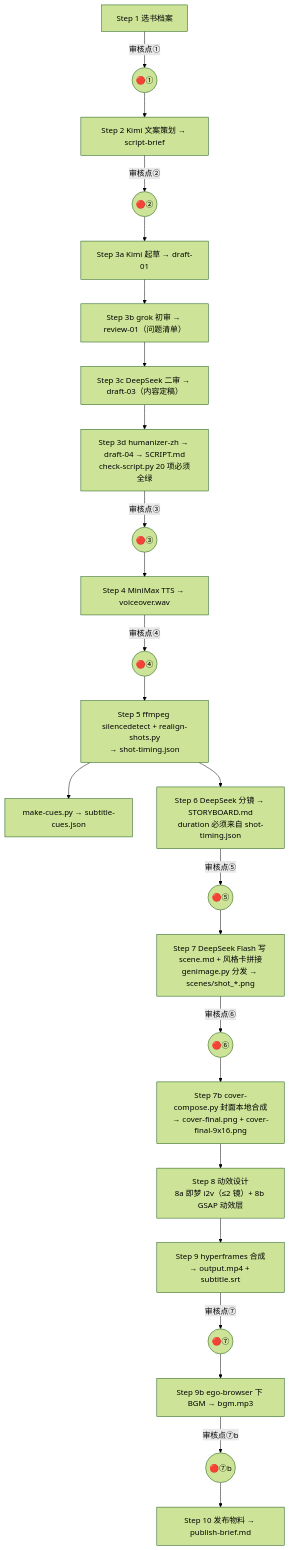
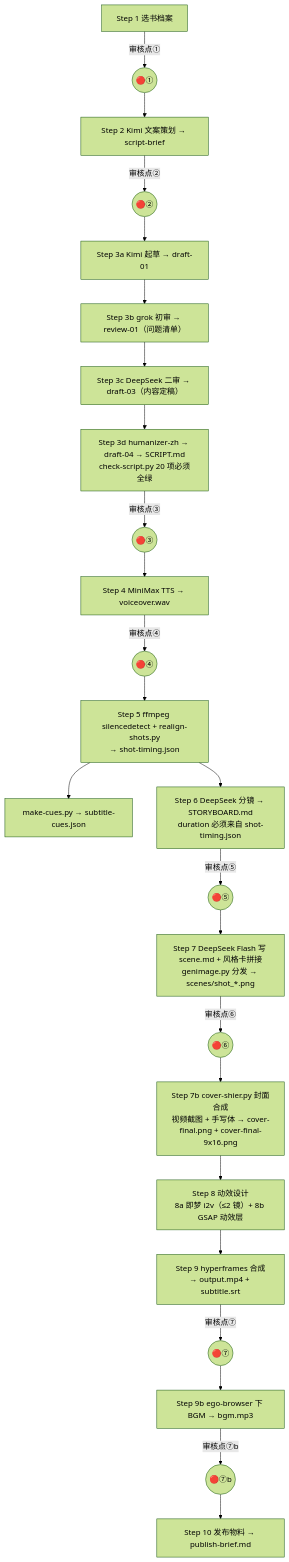
The second of 3 diagrams in book-video-pipeline/README.md (Matthewyin/book_introduction), drawn with Mermaid (forest theme) before and after one commit. The commit also changed other lines of this file and 4 other files, not shown here.

First line of the commit message:
feat(cover): A/B线统一封面——视频截图+手写体（cover-shier.py），废弃 cover-compose.py

````diff
--- a/book-video-pipeline/README.md
+++ b/book-video-pipeline/README.md
@@ -372,26 +373,26 @@
 ```mermaid
 graph TD
     S1["Step 1 选书档案"] -->|审核点①| R1((🔴①))
     R1 --> S2["Step 2 Kimi 文案策划 → script-brief"]
     S2 -->|审核点②| R2((🔴②))
     R2 --> S3a["Step 3a Kimi 起草 → draft-01"]
     S3a --> S3b["Step 3b grok 初审 → review-01（问题清单）"]
     S3b --> S3c["Step 3c DeepSeek 二审 → draft-03（内容定稿）"]
     S3c --> S3d["Step 3d humanizer-zh → draft-04 → SCRIPT.md<br/>check-script.py 20 项必须全绿"]
     S3d -->|审核点③| R3((🔴③))
     R3 --> S4["Step 4 MiniMax TTS → voiceover.wav"]
     S4 -->|审核点④| R4((🔴④))
     R4 --> S5["Step 5 ffmpeg silencedetect + realign-shots.py<br/>→ shot-timing.json"]
     S5 --> S5b["make-cues.py → subtitle-cues.json"]
     S5 --> S6["Step 6 DeepSeek 分镜 → STORYBOARD.md<br/>duration 必须来自 shot-timing.json"]
     S6 -->|审核点⑤| R5((🔴⑤))
     R5 --> S7["Step 7 DeepSeek Flash 写 scene.md + 风格卡拼接<br/>genimage.py 分发 → scenes/shot_*.png"]
     S7 -->|审核点⑥| R6((🔴⑥))
-    R6 --> S7b["Step 7b cover-compose.py 封面本地合成<br/>→ cover-final.png + cover-final-9x16.png"]
+    R6 --> S7b["Step 7b cover-shier.py 封面合成<br/>视频截图 + 手写体 → cover-final.png + cover-final-9x16.png"]
     S7b --> S8["Step 8 动效设计<br/>8a 即梦 i2v（≤2 镜）+ 8b GSAP 动效层"]
     S8 --> S9["Step 9 hyperframes 合成<br/>→ output.mp4 + subtitle.srt"]
     S9 -->|审核点⑦| R7((🔴⑦))
     R7 --> S9b["Step 9b ego-browser 下 BGM → bgm.mp3"]
     S9b -->|审核点⑦b| R7b((🔴⑦b))
     R7b --> S10["Step 10 发布物料 → publish-brief.md"]
 ```
````
